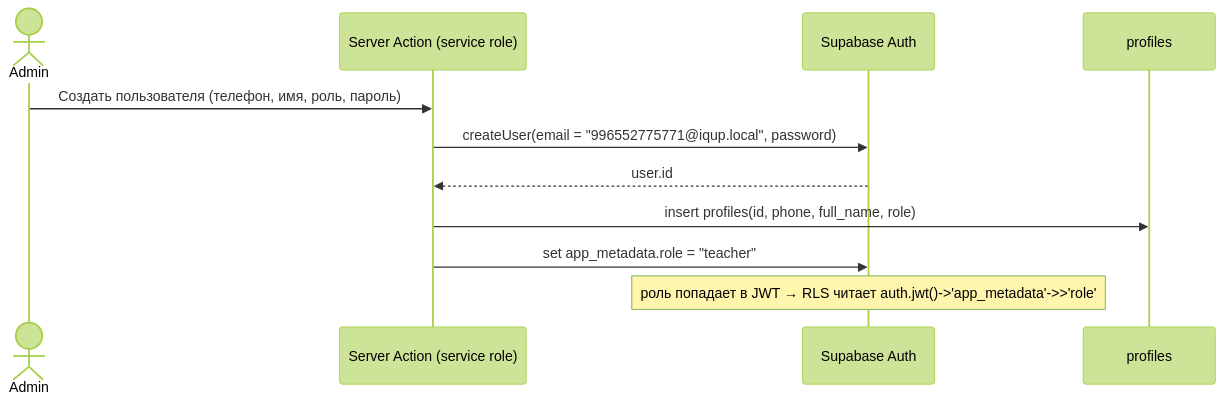
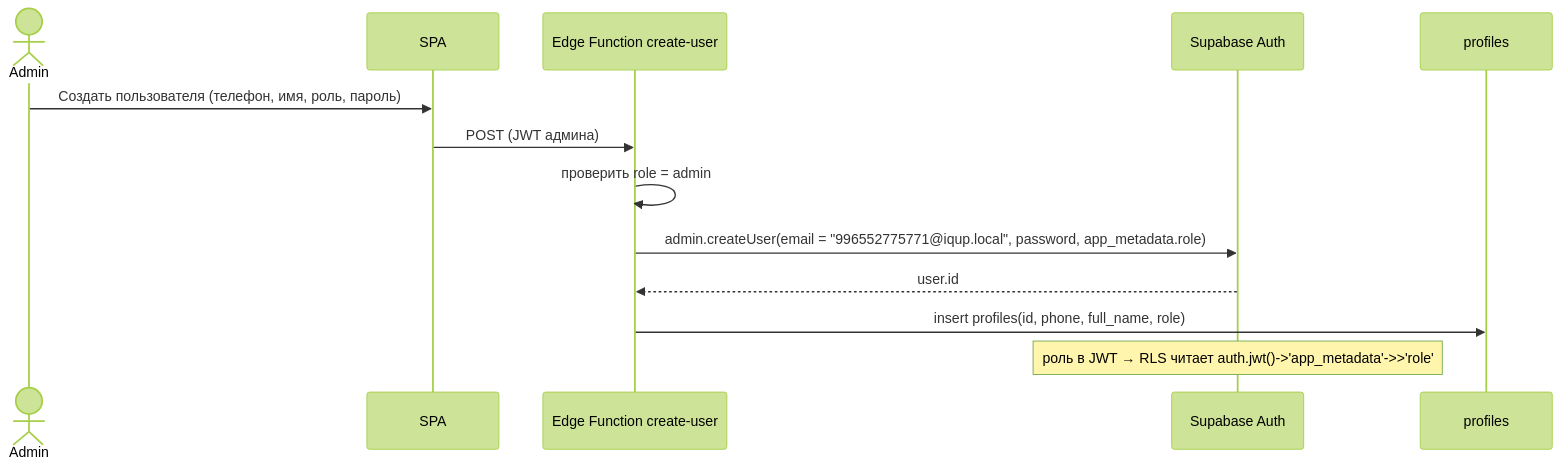
The second of 2 diagrams in docs/02-architecture.md (Saitama7/iqup-tracker), drawn with Mermaid (forest theme) before and after one commit. The commit also changed other lines of this file and 3 other files, not shown here.

First line of the commit message:
docs: stack decision — Vite SPA on Cloudflare Pages + Supabase (no server, nothing sleeps); UI palette, fonts, motion rules, MCP tooling

````diff
--- a/docs/02-architecture.md
+++ b/docs/02-architecture.md
@@ -86,13 +131,15 @@
 ```mermaid
 sequenceDiagram
     actor Admin
-    participant SA as Server Action (service role)
+    participant SPA
+    participant EF as Edge Function create-user
     participant Auth as Supabase Auth
     participant DB as profiles
-    Admin->>SA: Создать пользователя (телефон, имя, роль, пароль)
-    SA->>Auth: createUser(email = "996552775771@iqup.local", password)
-    Auth-->>SA: user.id
-    SA->>DB: insert profiles(id, phone, full_name, role)
-    SA->>Auth: set app_metadata.role = "teacher"
-    Note over Auth: роль попадает в JWT → RLS читает auth.jwt()->'app_metadata'->>'role'
+    Admin->>SPA: Создать пользователя (телефон, имя, роль, пароль)
+    SPA->>EF: POST (JWT админа)
+    EF->>EF: проверить role = admin
+    EF->>Auth: admin.createUser(email = "996552775771@iqup.local", password, app_metadata.role)
+    Auth-->>EF: user.id
+    EF->>DB: insert profiles(id, phone, full_name, role)
+    Note over Auth: роль в JWT → RLS читает auth.jwt()->'app_metadata'->>'role'
 ```
````
